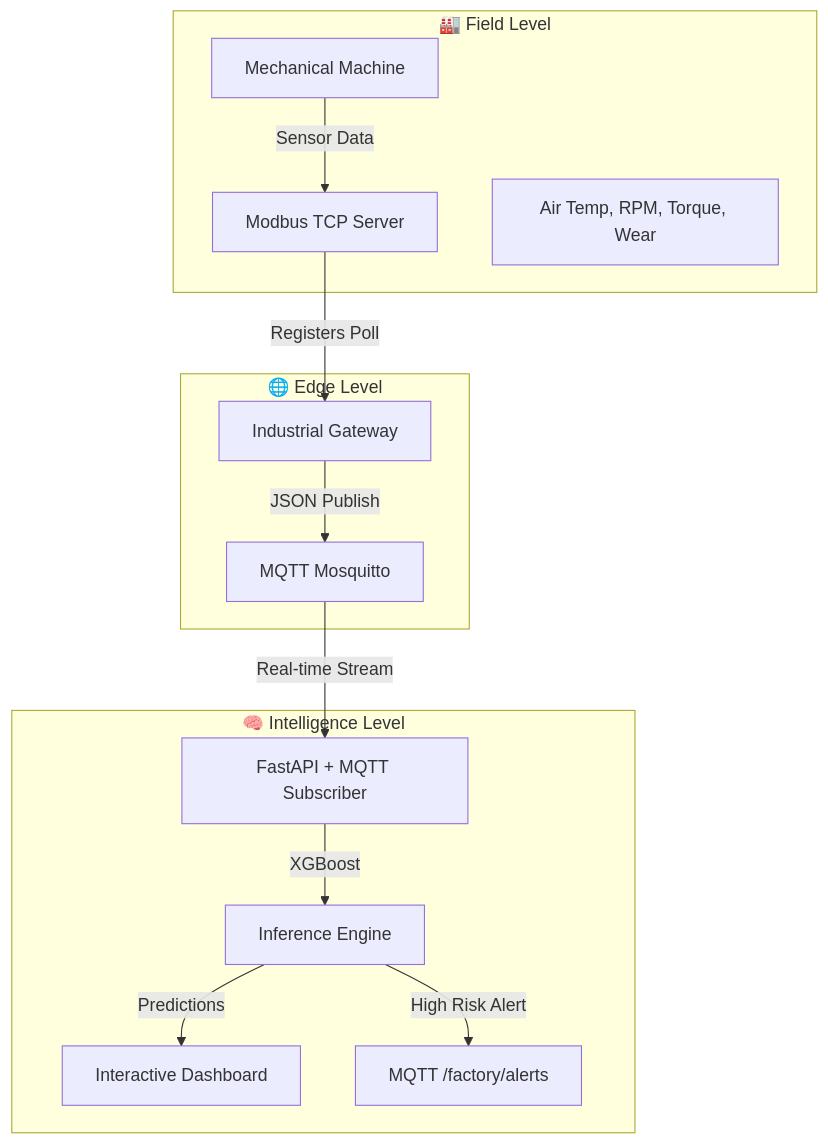
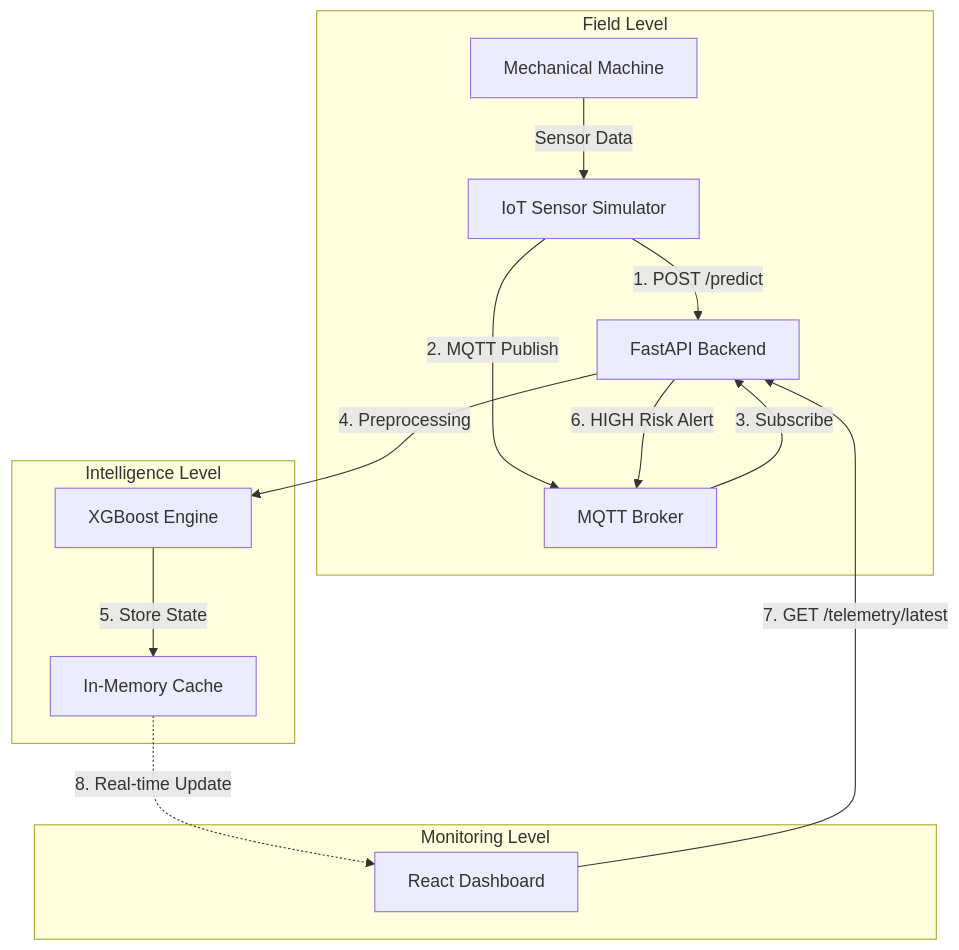
One commit to flxhrdyn/iot-predictive-maintenance changed the diagram in README.md. Above: the diagram before and after it, drawn with Mermaid. The commit also changed other lines of this file and 59 other files, not shown here.

Commit message:
refactor: modernize industrial dashboard to full-stack React-FastAPI architecture

````diff
--- a/README.md
+++ b/README.md
@@ -48,19 +52,20 @@
 ```mermaid
 graph TD
-    subgraph PLC_Field_Level [🏭 Field Level]
-        M1[Mechanical Machine] -->|Sensor Data| PLC[Modbus TCP Server]
-        Note1[Air Temp, RPM, Torque, Wear]
+    subgraph PLC_Field_Level [Field Level]
+        M1[Mechanical Machine] -->|Sensor Data| SIM[IoT Sensor Simulator]
+        SIM -->|1. POST /predict| API
+        SIM -->|2. MQTT Publish| Broker[MQTT Broker]
     end
     
-    subgraph Gateway_Edge_Level [🌐 Edge Level]
-        PLC -->|Registers Poll| GW[Industrial Gateway]
-        GW -->|JSON Publish| Broker[MQTT Mosquitto]
+    subgraph AI_Intelligence_Level [Intelligence Level]
+        Broker -->|3. Subscribe| API[FastAPI Backend]
+        API -->|4. Preprocessing| Model[XGBoost Engine]
+        Model -->|5. Store State| RAM[In-Memory Cache]
+        API -->|6. HIGH Risk Alert| Broker
     end
-    
-    subgraph AI_Cloud_Level [🧠 Intelligence Level]
-        Broker -->|Real-time Stream| API[FastAPI + MQTT Subscriber]
-        API -->|XGBoost| Model[Inference Engine]
-        Model -->|Predictions| UI[Interactive Dashboard]
-        Model -->|High Risk Alert| AlertTopic[MQTT /factory/alerts]
+
+    subgraph UI_User_Level [Monitoring Level]
+        UI[React Dashboard] -->|7. GET /telemetry/latest| API
+        RAM -.->|8. Real-time Update| UI
     end
 ```
````
